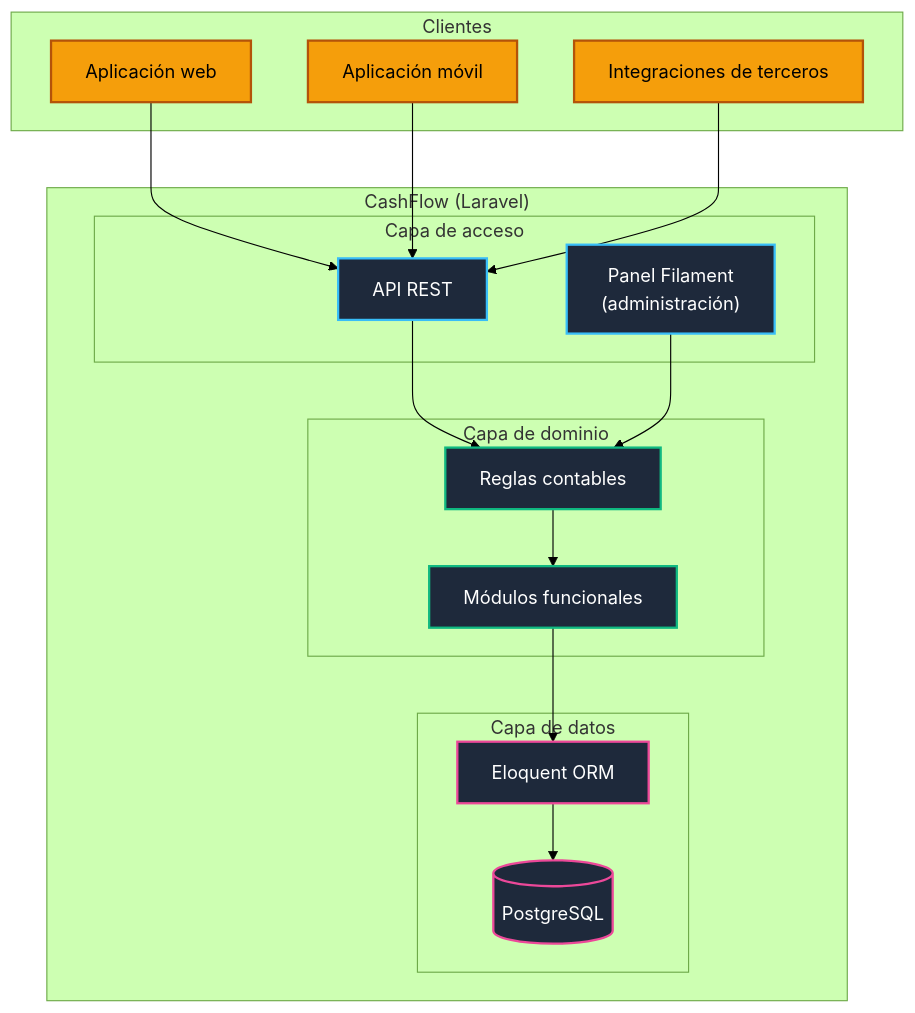
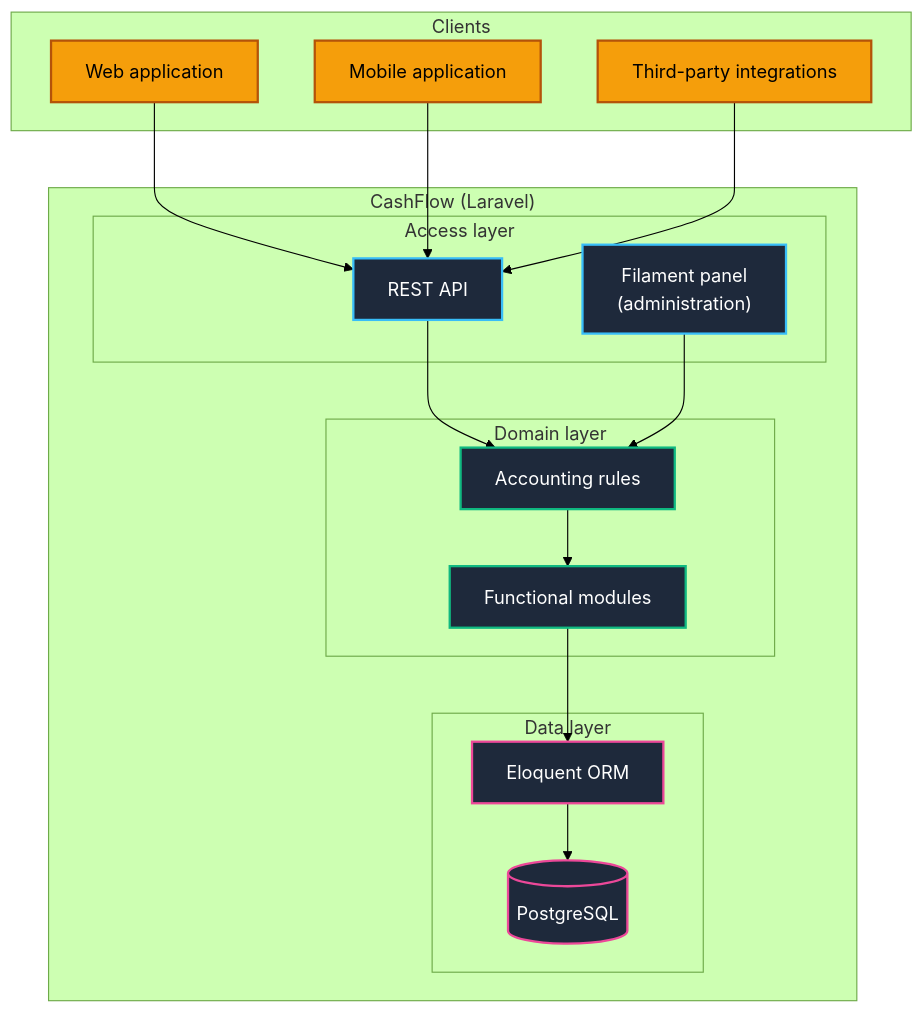
Before and after one commit to sandra-puerto/CashFlow: the first of 3 diagrams in README.md, drawn with Mermaid (forest theme). The commit also changed other lines of this file, not shown here.

````diff
--- a/README.md
+++ b/README.md
@@ -71,45 +71,45 @@
 ```mermaid
 graph TB
-    subgraph Clients ["Clientes"]
-        Web["Aplicación web"]
-        Mobile["Aplicación móvil"]
-        Ext["Integraciones de terceros"]
+    subgraph Clients ["Clients"]
+        Web["Web application"]
+        Mobile["Mobile application"]
+        Ext["Third-party integrations"]
     end
 
     subgraph CashFlow ["CashFlow (Laravel)"]
-        subgraph Access ["Capa de acceso"]
-            API["API REST"]
-            Filament["Panel Filament<br/>(administración)"]
+        subgraph Access ["Access layer"]
+            API["REST API"]
+            Filament["Filament panel<br/>(administration)"]
         end
 
-        subgraph Domain ["Capa de dominio"]
-            Rules["Reglas contables"]
-            Modules["Módulos funcionales"]
+        subgraph Domain ["Domain layer"]
+            Rules["Accounting rules"]
+            Modules["Functional modules"]
         end
 
-        subgraph Data ["Capa de datos"]
+        subgraph Data ["Data layer"]
             ORM["Eloquent ORM"]
             DB[("PostgreSQL")]
         end
     end
 
     Web --> API
     Mobile --> API
     Ext --> API
 
     API --> Rules
     Filament --> Rules
     Rules --> Modules
     Modules --> ORM
     ORM --> DB
 
     classDef client fill:#f59e0b,stroke:#b45309,stroke-width:2px,color:#000;
     classDef access fill:#1e293b,stroke:#38bdf8,stroke-width:2px,color:#fff;
     classDef domain fill:#1e293b,stroke:#10b981,stroke-width:2px,color:#fff;
     classDef data fill:#1e293b,stroke:#ec4899,stroke-width:2px,color:#fff;
 
     class Web,Mobile,Ext client;
     class API,Filament access;
     class Rules,Modules domain;
     class ORM,DB data;
 ```
````
